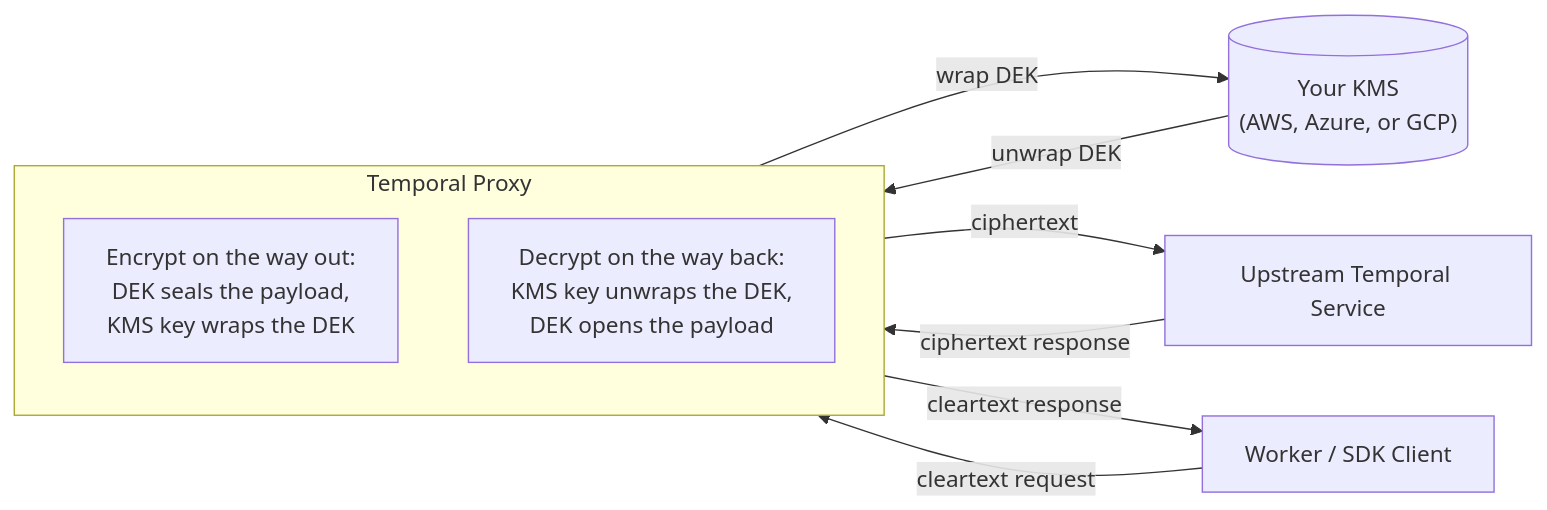
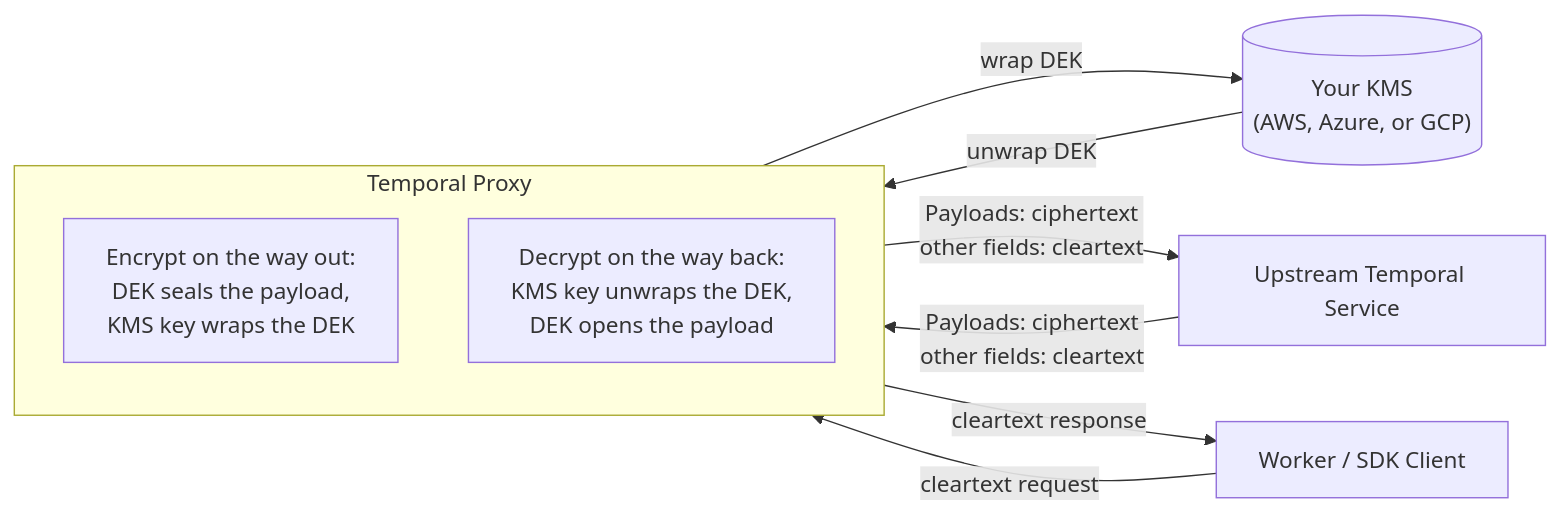
Before and after one commit to temporalio/documentation: the diagram in docs/production-deployment/temporal-proxy/encrypt-payloads.mdx, drawn with Mermaid. The commit also changed other lines of this file and 1 other file, not shown here.

````diff
--- a/docs/production-deployment/temporal-proxy/encrypt-payloads.mdx
+++ b/docs/production-deployment/temporal-proxy/encrypt-payloads.mdx
@@ -33,20 +34,20 @@
 ```mermaid
 flowchart LR
     App[Worker / SDK Client]
 
     subgraph Proxy[Temporal Proxy]
         direction TB
         Seal["Encrypt on the way out:<br/>DEK seals the payload,<br/>KMS key wraps the DEK"]
         Open["Decrypt on the way back:<br/>KMS key unwraps the DEK,<br/>DEK opens the payload"]
     end
 
     KMS[("Your KMS<br/>(AWS, Azure, or GCP)")]
     Upstream[Upstream Temporal Service]
 
     App -->|cleartext request| Seal
     Seal -->|wrap DEK| KMS
-    Seal -->|ciphertext| Upstream
-    Upstream -->|ciphertext response| Open
+    Seal -->|Payloads: ciphertext<br/>other fields: cleartext| Upstream
+    Upstream -->|Payloads: ciphertext<br/>other fields: cleartext| Open
     KMS -->|unwrap DEK| Open
     Open -->|cleartext response| App
 ```
````
